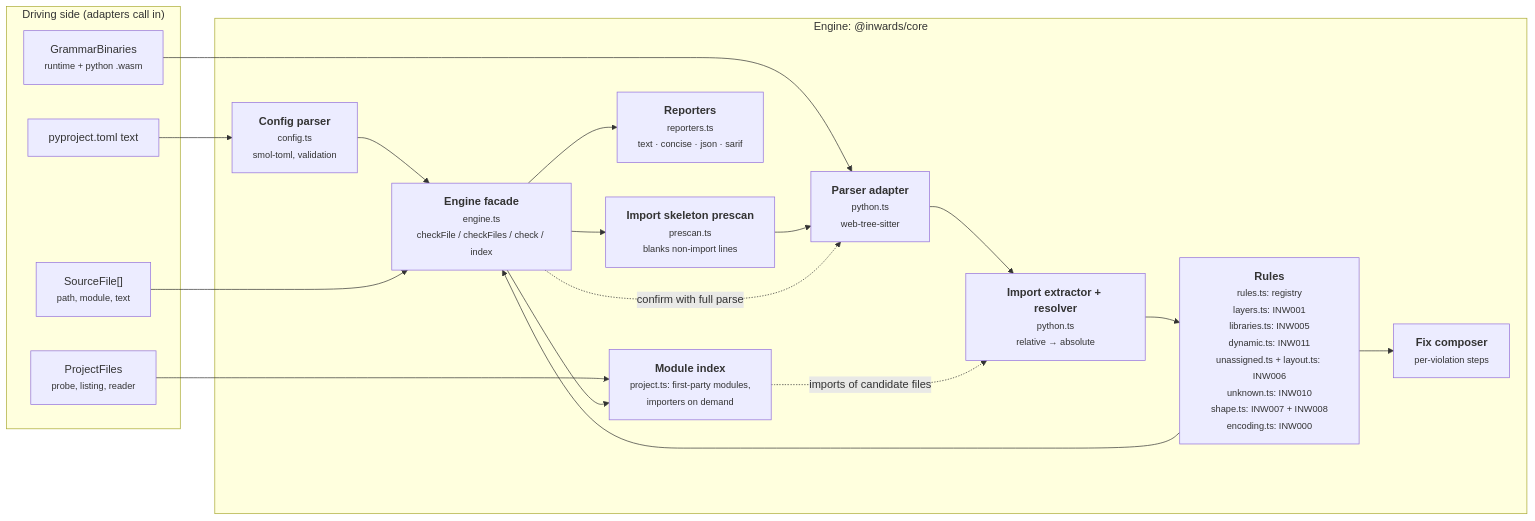
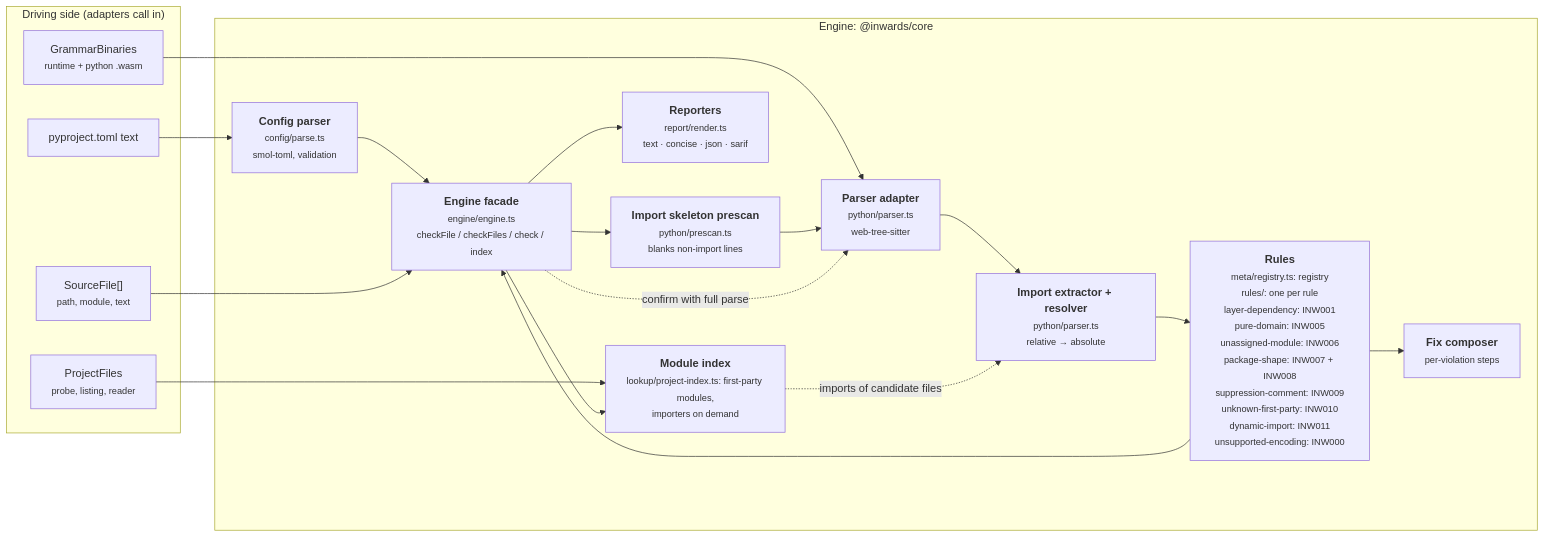
Before and after one commit to SirCypkowskyy/inwards: the third of 6 diagrams in docs/chapters/03-Architecture-C4.md, drawn with Mermaid. The commit also changed other lines of this file and 5 other files, not shown here.

First line of the commit message:
docs(core): package guide, code map and diagram for the new layout

````diff
--- a/docs/chapters/03-Architecture-C4.md
+++ b/docs/chapters/03-Architecture-C4.md
@@ -99,33 +99,33 @@
 ```mermaid
 flowchart LR
     subgraph driving["Driving side (adapters call in)"]
         files["SourceFile[]<br/><small>path, module, text</small>"]
         pfiles["ProjectFiles<br/><small>probe, listing, reader</small>"]
         cfgtext["pyproject.toml text"]
         wasm["GrammarBinaries<br/><small>runtime + python .wasm</small>"]
     end
 
     subgraph enginebox["Engine: @inwards/core"]
-        config["<b>Config parser</b><br/><small>config.ts<br/>smol-toml, validation</small>"]
-        pre["<b>Import skeleton prescan</b><br/><small>prescan.ts<br/>blanks non-import lines</small>"]
-        parser["<b>Parser adapter</b><br/><small>python.ts<br/>web-tree-sitter</small>"]
-        extract["<b>Import extractor + resolver</b><br/><small>python.ts<br/>relative → absolute</small>"]
-        rules["<b>Rules</b><br/><small>rules.ts: registry<br/>layers.ts: INW001<br/>libraries.ts: INW005<br/>dynamic.ts: INW011<br/>unassigned.ts + layout.ts: INW006<br/>unknown.ts: INW010<br/>shape.ts: INW007 + INW008<br/>encoding.ts: INW000</small>"]
+        config["<b>Config parser</b><br/><small>config/parse.ts<br/>smol-toml, validation</small>"]
+        pre["<b>Import skeleton prescan</b><br/><small>python/prescan.ts<br/>blanks non-import lines</small>"]
+        parser["<b>Parser adapter</b><br/><small>python/parser.ts<br/>web-tree-sitter</small>"]
+        extract["<b>Import extractor + resolver</b><br/><small>python/parser.ts<br/>relative → absolute</small>"]
+        rules["<b>Rules</b><br/><small>meta/registry.ts: registry<br/>rules/: one per rule<br/>layer-dependency: INW001<br/>pure-domain: INW005<br/>unassigned-module: INW006<br/>package-shape: INW007 + INW008<br/>suppression-comment: INW009<br/>unknown-first-party: INW010<br/>dynamic-import: INW011<br/>unsupported-encoding: INW000</small>"]
         fix["<b>Fix composer</b><br/><small>per-violation steps</small>"]
-        report["<b>Reporters</b><br/><small>reporters.ts<br/>text · concise · json · sarif</small>"]
-        engine["<b>Engine facade</b><br/><small>engine.ts<br/>checkFile / checkFiles / check / index</small>"]
-        modgraph["<b>Module index</b><br/><small>project.ts: first-party modules,<br/>importers on demand</small>"]
+        report["<b>Reporters</b><br/><small>report/render.ts<br/>text · concise · json · sarif</small>"]
+        engine["<b>Engine facade</b><br/><small>engine/engine.ts<br/>checkFile / checkFiles / check / index</small>"]
+        modgraph["<b>Module index</b><br/><small>lookup/project-index.ts: first-party modules,<br/>importers on demand</small>"]
     end
 
     cfgtext --> config --> engine
     wasm --> parser
     files --> engine
     engine --> pre --> parser --> extract --> rules
     rules --> fix
     rules --> engine
     engine -. "confirm with full parse" .-> parser
     pfiles --> modgraph
     engine --> modgraph
     modgraph -. "imports of candidate files" .-> extract
     engine --> report
 ```
````
